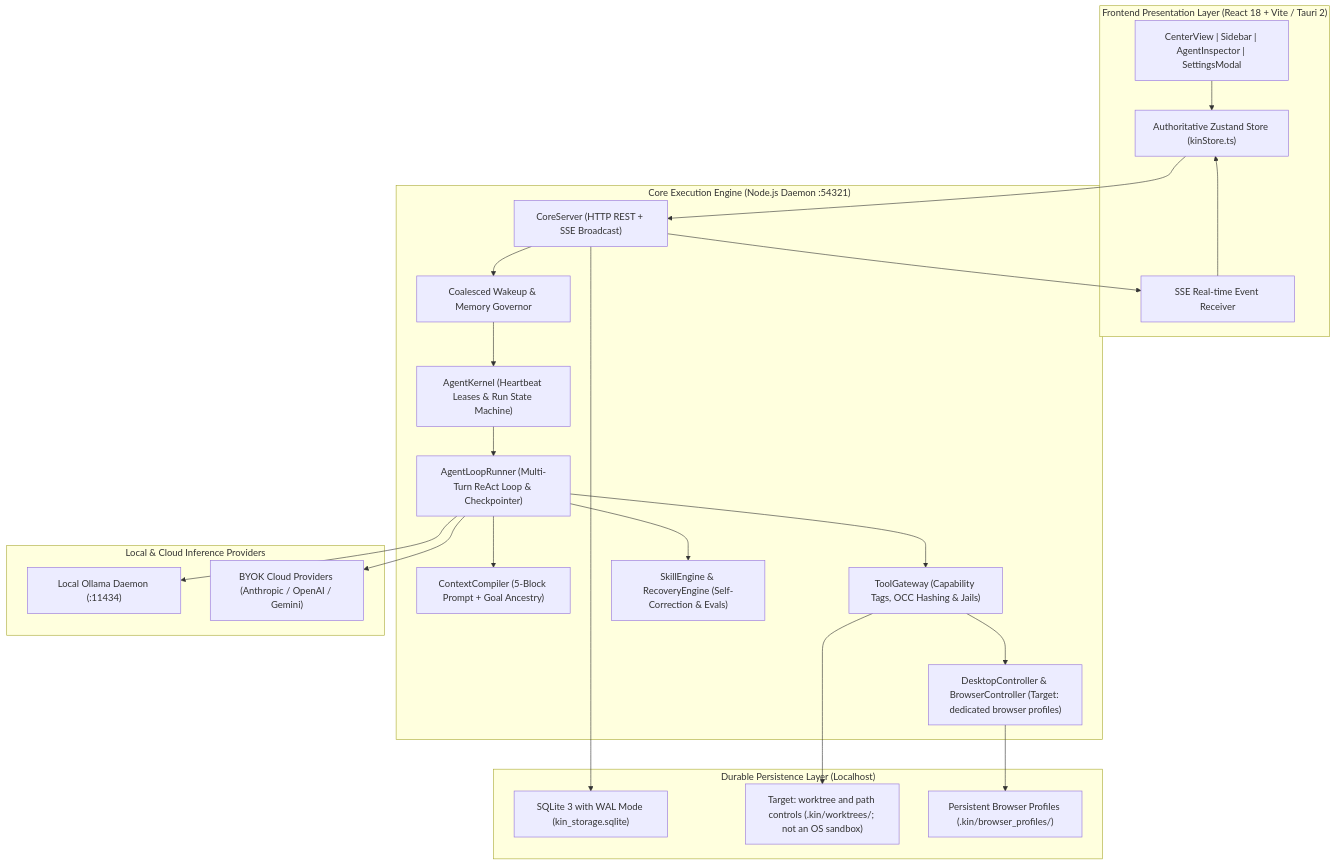
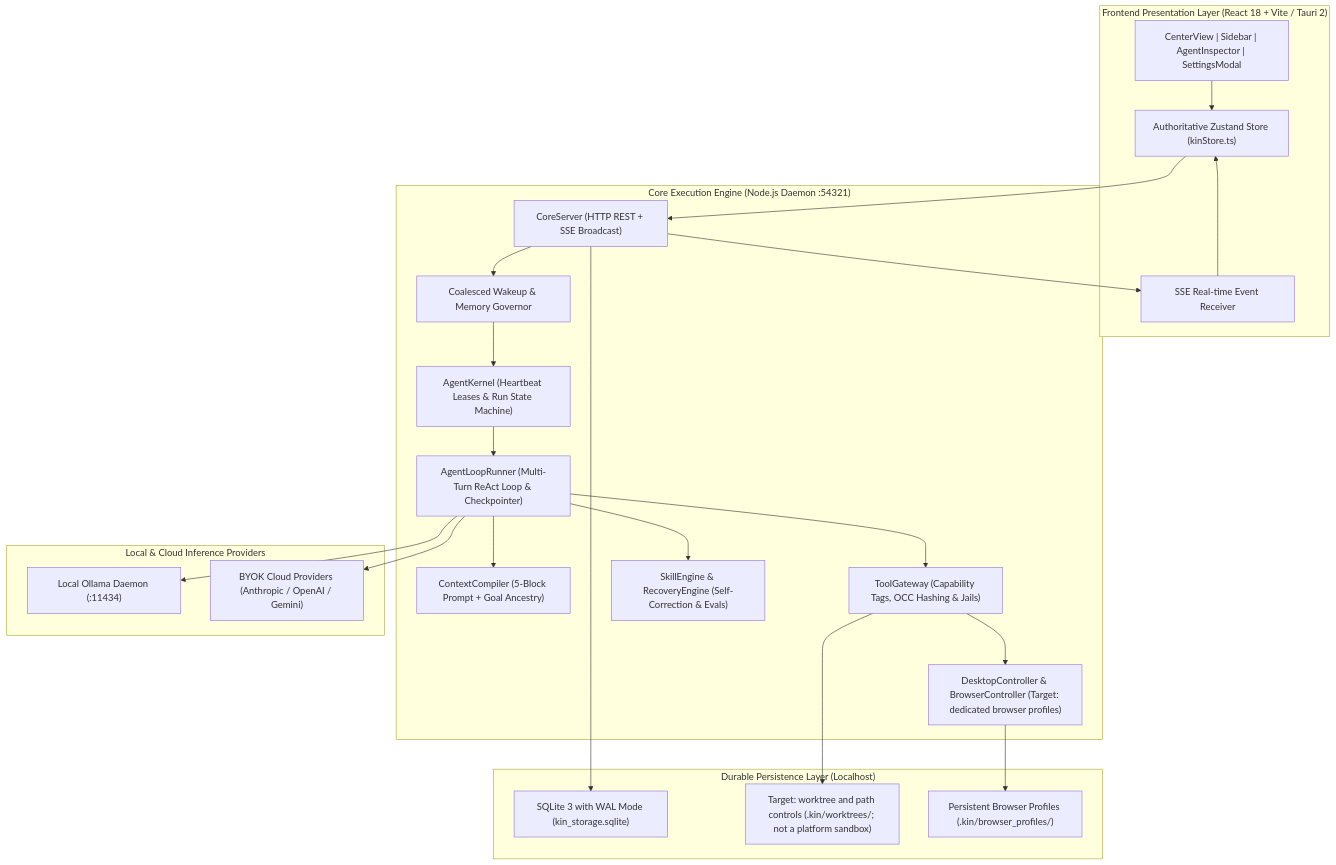
One commit to abhayzangir1/KIN changed the diagram in docs/TRD.md. Above: the diagram before and after it, drawn with Mermaid. The commit also changed 4 other files, not shown here.

````diff
--- a/docs/TRD.md
+++ b/docs/TRD.md
@@ -23,47 +23,47 @@
 ```mermaid
 graph TD
     subgraph Client ["Frontend Presentation Layer (React 18 + Vite / Tauri 2)"]
         UIStore["Authoritative Zustand Store (kinStore.ts)"]
         SSEListener["SSE Real-time Event Receiver"]
         ViewComponents["CenterView | Sidebar | AgentInspector | SettingsModal"]
     end
 
     subgraph Daemon ["Core Execution Engine (Node.js Daemon :54321)"]
         CoreServer["CoreServer (HTTP REST + SSE Broadcast)"]
         WakeupQueue["Coalesced Wakeup & Memory Governor"]
         Kernel["AgentKernel (Heartbeat Leases & Run State Machine)"]
         AgentLoop["AgentLoopRunner (Multi-Turn ReAct Loop & Checkpointer)"]
         ContextCompiler["ContextCompiler (5-Block Prompt + Goal Ancestry)"]
         ToolGateway["ToolGateway (Capability Tags, OCC Hashing & Jails)"]
         DesktopCtrl["DesktopController & BrowserController (Target: dedicated browser profiles)"]
         SkillEngine["SkillEngine & RecoveryEngine (Self-Correction & Evals)"]
     end
 
     subgraph Storage ["Durable Persistence Layer (Localhost)"]
         SQLite["SQLite 3 with WAL Mode (kin_storage.sqlite)"]
-        FSJail["Target: worktree and path controls (.kin/worktrees/; not an OS sandbox)"]
+        FSJail["Target: worktree and path controls (.kin/worktrees/; not a platform sandbox)"]
         Profiles["Persistent Browser Profiles (.kin/browser_profiles/)"]
     end
 
     subgraph Inference ["Local & Cloud Inference Providers"]
         OllamaLocal["Local Ollama Daemon (:11434)"]
         CloudAPI["BYOK Cloud Providers (Anthropic / OpenAI / Gemini)"]
     end
 
     ViewComponents --> UIStore
     UIStore --> CoreServer
     CoreServer --> SSEListener
     SSEListener --> UIStore
     CoreServer --> WakeupQueue
     WakeupQueue --> Kernel
     Kernel --> AgentLoop
     AgentLoop --> ContextCompiler
     AgentLoop --> ToolGateway
     ToolGateway --> DesktopCtrl
     AgentLoop --> SkillEngine
     CoreServer --> SQLite
     ToolGateway --> FSJail
     DesktopCtrl --> Profiles
     AgentLoop --> OllamaLocal
     AgentLoop --> CloudAPI
 ```
````
